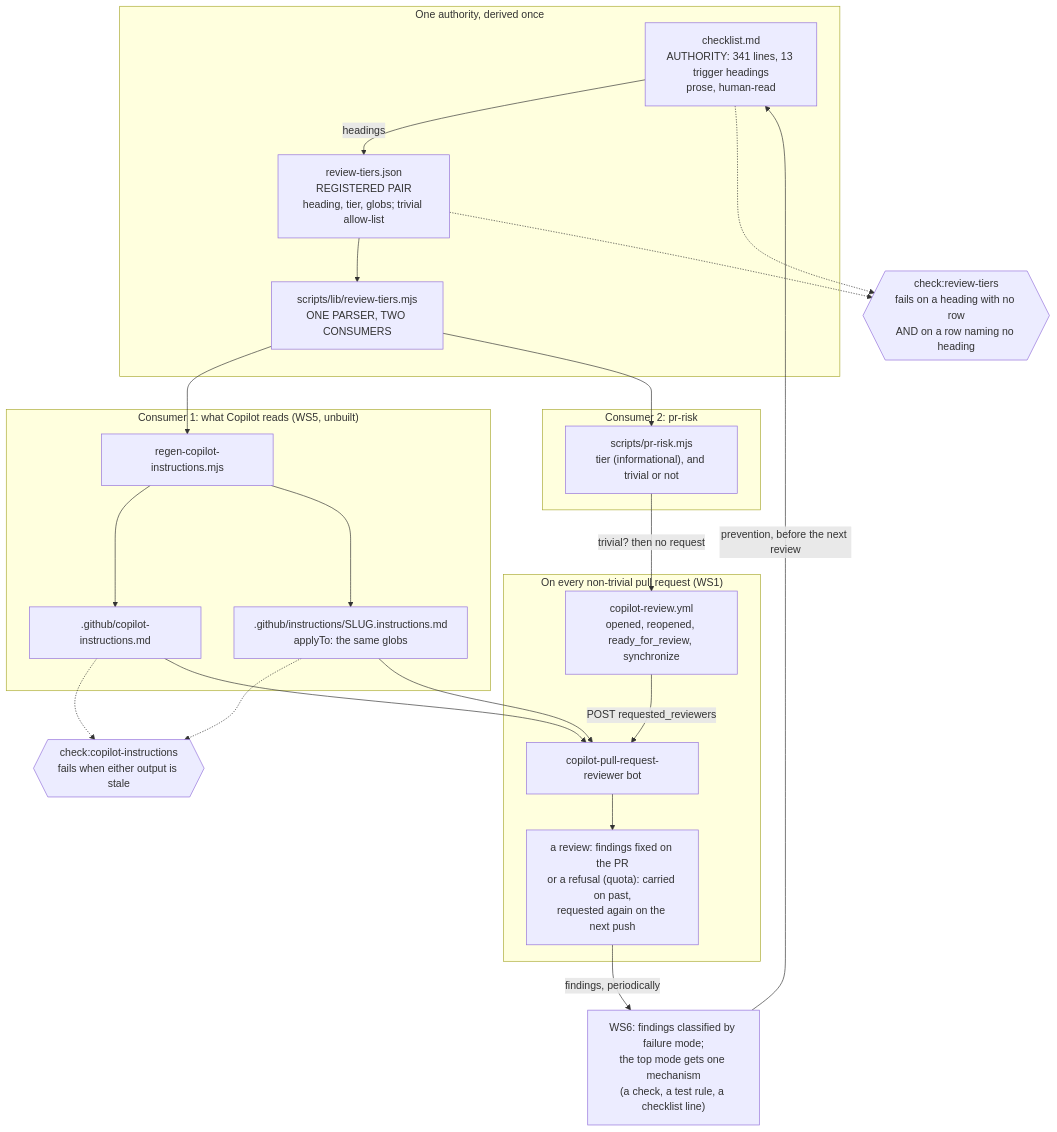
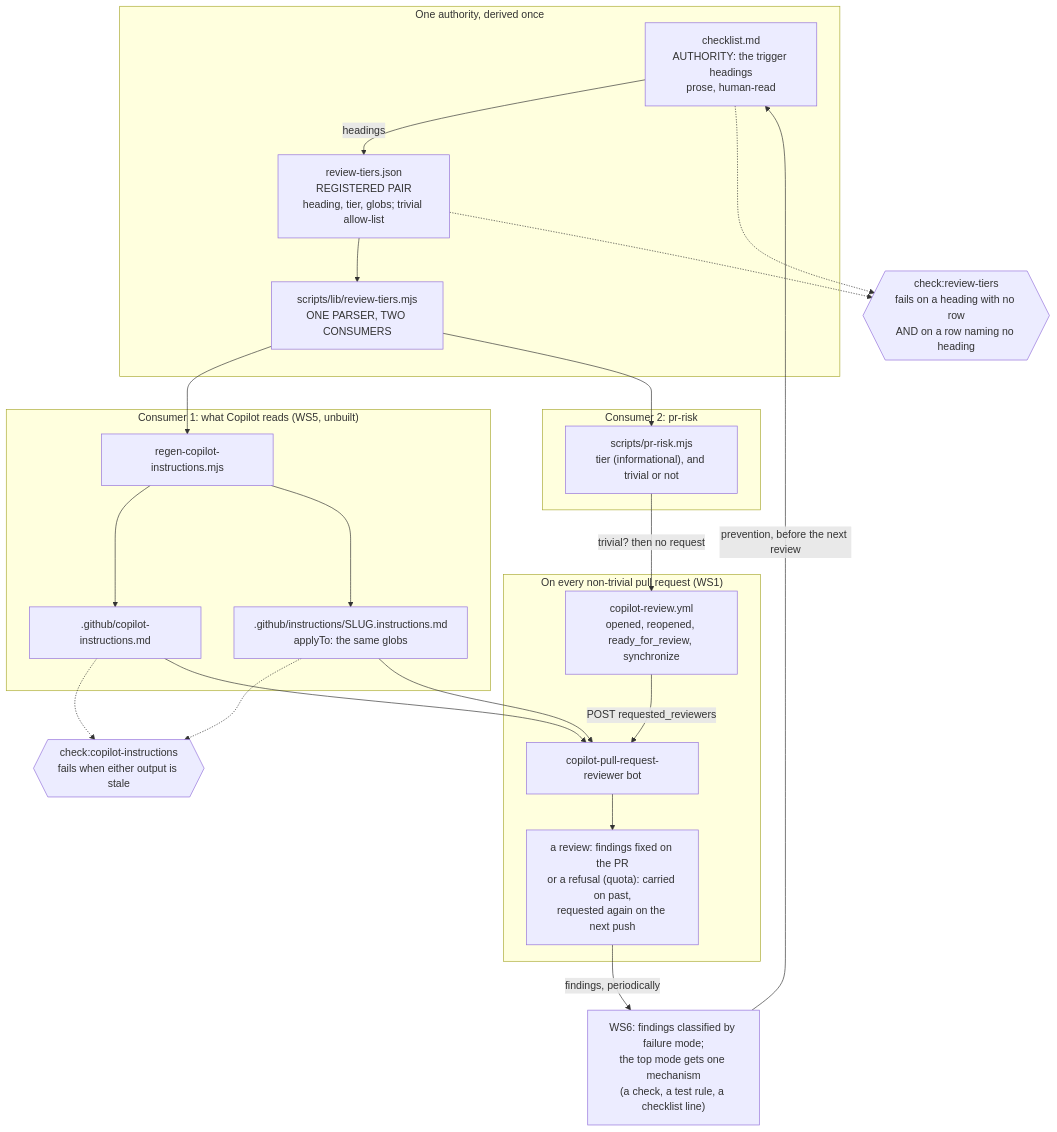
One commit to semantic-praxis/barwise changed the diagram in barwise/docs/specs/tiered-pr-review.spec.md. Above: the diagram before and after it, drawn with Mermaid. The commit also changed other lines of this file and 3 other files, not shown here.

````diff
--- a/barwise/docs/specs/tiered-pr-review.spec.md
+++ b/barwise/docs/specs/tiered-pr-review.spec.md
@@ -438,48 +439,48 @@
 ```mermaid
 flowchart TD
     subgraph Derivation["One authority, derived once"]
-        CL["checklist.md\nAUTHORITY: 341 lines, 13 trigger headings\nprose, human-read"]
+        CL["checklist.md\nAUTHORITY: the trigger headings\nprose, human-read"]
         RT["review-tiers.json\nREGISTERED PAIR\nheading, tier, globs; trivial allow-list"]
         PARSER["scripts/lib/review-tiers.mjs\nONE PARSER, TWO CONSUMERS"]
     end
 
     CRT{{"check:review-tiers\nfails on a heading with no row\nAND on a row naming no heading"}}
 
     subgraph Consumer1["Consumer 1: what Copilot reads (WS5, unbuilt)"]
         REGEN["regen-copilot-instructions.mjs"]
         OUT1[".github/copilot-instructions.md"]
         OUT2[".github/instructions/SLUG.instructions.md\napplyTo: the same globs"]
     end
 
     CCI{{"check:copilot-instructions\nfails when either output is stale"}}
 
     subgraph Consumer2["Consumer 2: pr-risk"]
         RISK["scripts/pr-risk.mjs\ntier (informational), and trivial or not"]
     end
 
     subgraph OnPR["On every non-trivial pull request (WS1)"]
         WF["copilot-review.yml\nopened, reopened, ready_for_review, synchronize"]
         BOT["copilot-pull-request-reviewer bot"]
         OUTCOME["a review: findings fixed on the PR\nor a refusal (quota): carried on past,\nrequested again on the next push"]
     end
 
     LEARN["WS6: findings classified by failure mode;\nthe top mode gets one mechanism\n(a check, a test rule, a checklist line)"]
 
     CL -->|headings| RT
     RT --> PARSER
     CL -.-> CRT
     RT -.-> CRT
     PARSER --> REGEN
     PARSER --> RISK
     REGEN --> OUT1
     REGEN --> OUT2
     OUT1 -.-> CCI
     OUT2 -.-> CCI
     OUT1 --> BOT
     OUT2 --> BOT
     RISK -->|trivial? then no request| WF
     WF -->|POST requested_reviewers| BOT
     BOT --> OUTCOME
     OUTCOME -->|findings, periodically| LEARN
     LEARN -->|prevention, before the next review| CL
 ```
````
